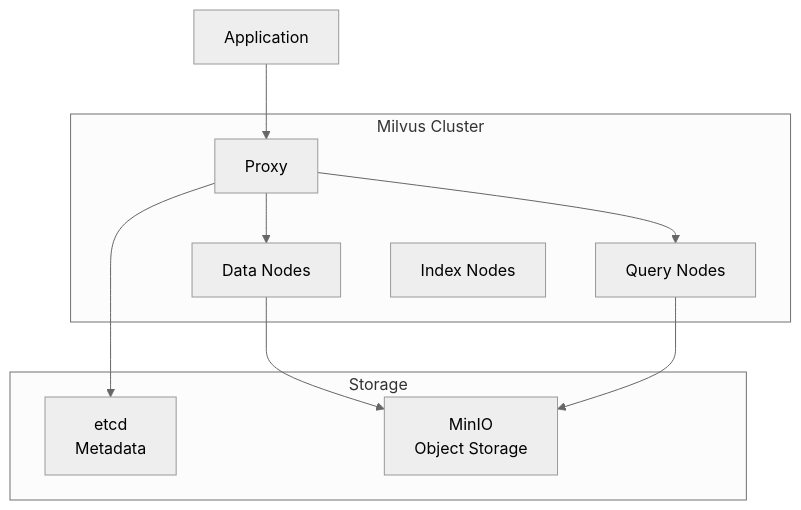
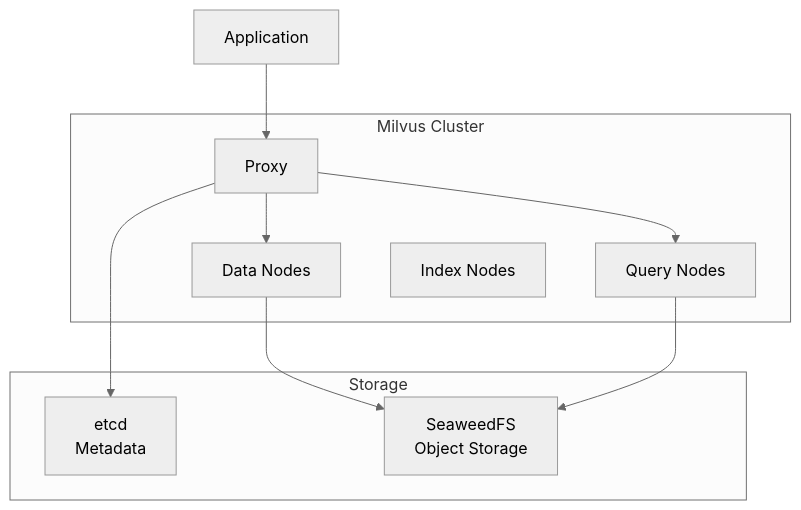
One commit to openova-io/openova changed the diagram in platform/milvus/README.md. Above: the diagram before and after it, drawn with Mermaid (neutral theme). The commit also changed other lines of this file and 31 other files, not shown here.

First line of the commit message:
docs(seaweedfs+guacamole): replace MinIO with SeaweedFS as unified S3 encapsulation; add Guacamole to bp-relay

````diff
--- a/platform/milvus/README.md
+++ b/platform/milvus/README.md
@@ -13,21 +13,21 @@
 ```mermaid
 flowchart TB
     subgraph Milvus["Milvus Cluster"]
         Proxy[Proxy]
         QueryNode[Query Nodes]
         DataNode[Data Nodes]
         IndexNode[Index Nodes]
     end
 
     subgraph Storage["Storage"]
         etcd[etcd<br/>Metadata]
-        MinIO[MinIO<br/>Object Storage]
+        SeaweedFS[SeaweedFS<br/>Object Storage]
     end
 
     App[Application] --> Proxy
     Proxy --> QueryNode
     Proxy --> DataNode
-    DataNode --> MinIO
-    QueryNode --> MinIO
+    DataNode --> SeaweedFS
+    QueryNode --> SeaweedFS
     Proxy --> etcd
 ```
````
